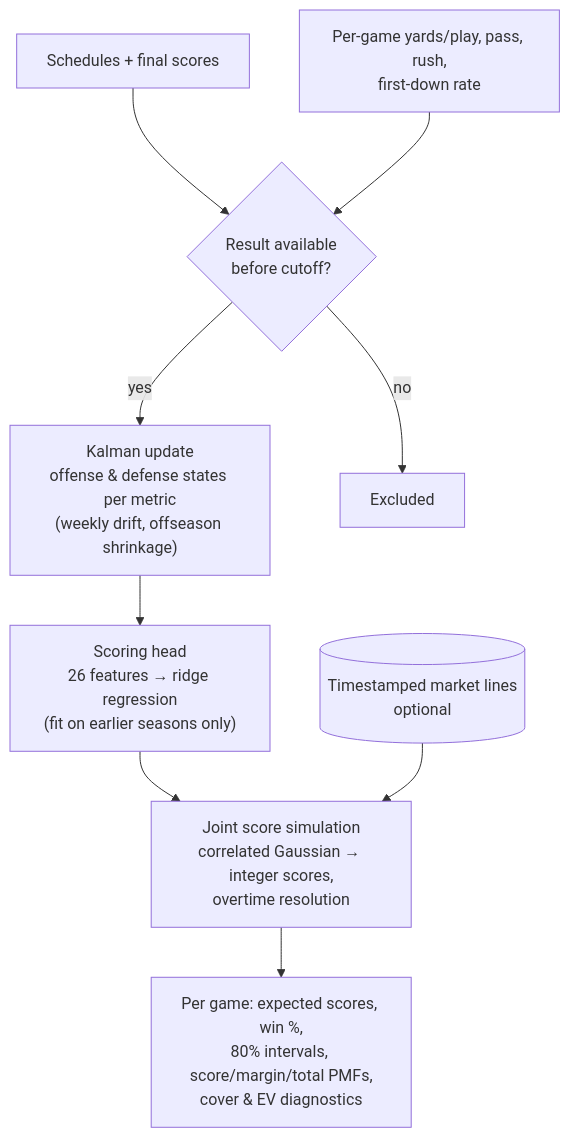
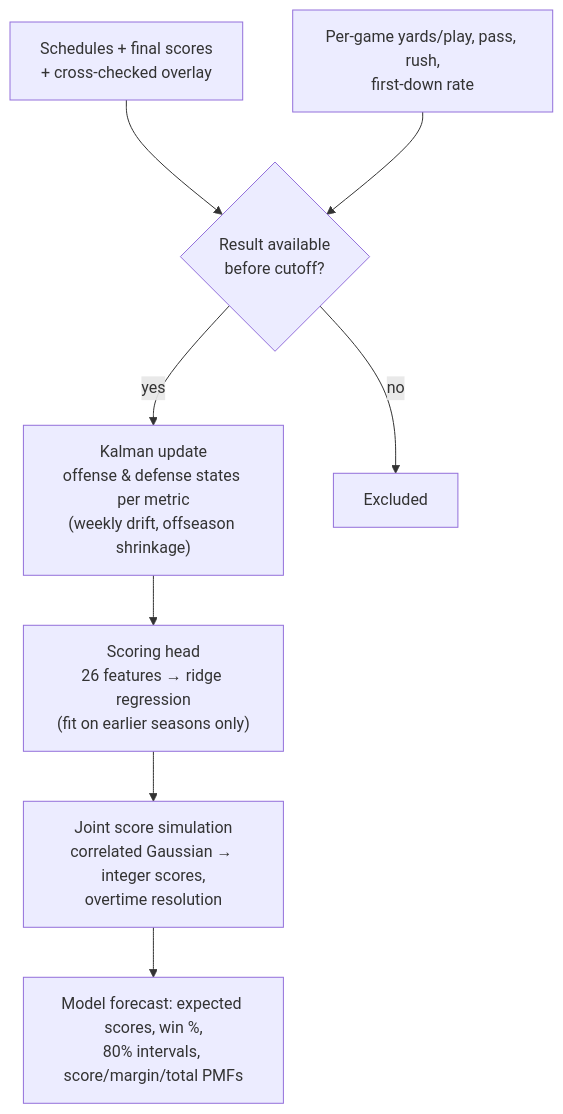
The fourth of 5 diagrams in README.md (bngomez98/cfb-forecast), drawn with Mermaid before and after one commit. The commit also changed other lines of this file and 26 other files, not shown here.

````diff
--- a/README.md
+++ b/README.md
@@ -107,11 +178,10 @@
 ```mermaid
 flowchart TB
-    S[Schedules + final scores] --> AV{"Result available<br/>before cutoff?"}
+    S[Schedules + final scores<br/>+ cross-checked overlay] --> AV{"Result available<br/>before cutoff?"}
     A[Per-game yards/play, pass, rush,<br/>first-down rate] --> AV
     AV -- yes --> K["Kalman update<br/>offense & defense states per metric<br/>(weekly drift, offseason shrinkage)"]
     AV -- no --> X[Excluded]
     K --> H["Scoring head<br/>26 features → ridge regression<br/>(fit on earlier seasons only)"]
     H --> SIM["Joint score simulation<br/>correlated Gaussian → integer scores,<br/>overtime resolution"]
-    MK[(Timestamped market lines<br/>optional)] --> SIM
-    SIM --> OUT["Per game: expected scores, win %,<br/>80% intervals, score/margin/total PMFs,<br/>cover & EV diagnostics"]
+    SIM --> OUT["Model forecast: expected scores, win %,<br/>80% intervals, score/margin/total PMFs"]
 ```
````
